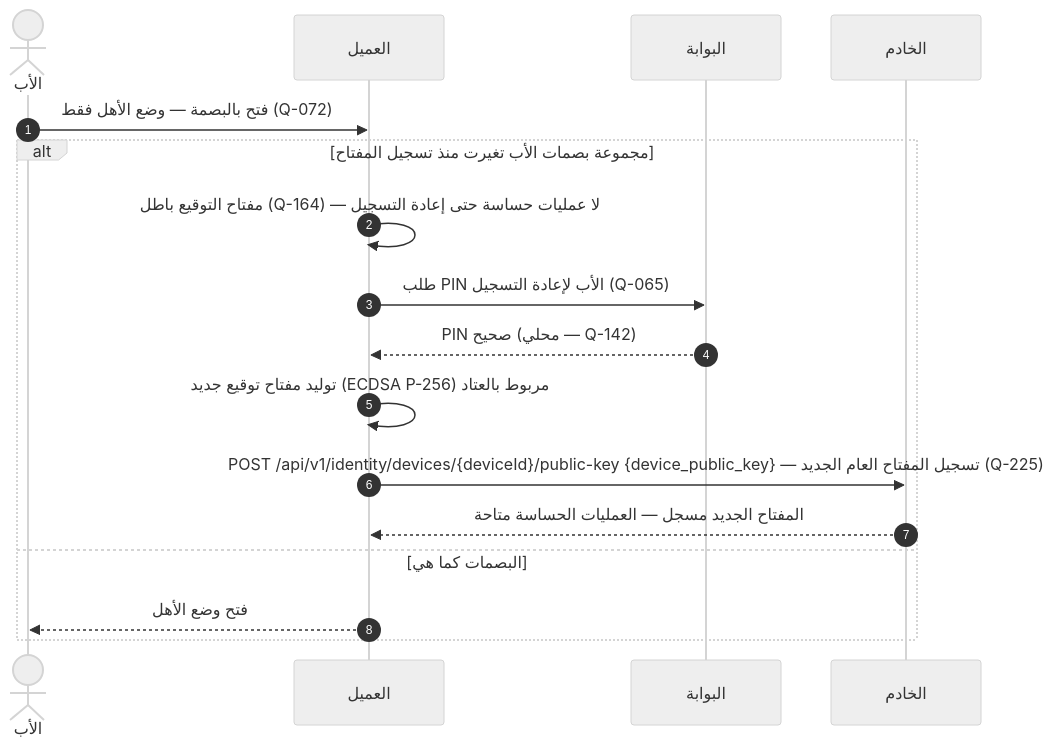
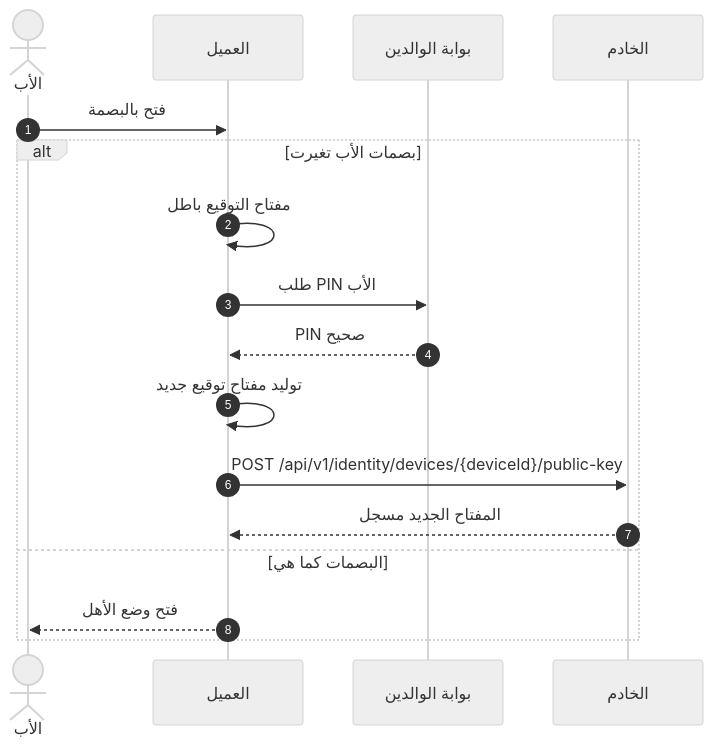
Before and after one commit to Bassam-mohammed-alqaeadi/family-os-v2: diagram 16 of 36 in docs/family-os/governance/phases/phase-1/S1-02-identity-and-onboarding/DIAGRAMS.md, drawn with Mermaid (neutral theme). The commit also changed other lines of this file, not shown here.

````diff
--- a/docs/family-os/governance/phases/phase-1/S1-02-identity-and-onboarding/DIAGRAMS.md
+++ b/docs/family-os/governance/phases/phase-1/S1-02-identity-and-onboarding/DIAGRAMS.md
@@ -548,19 +670,19 @@
 ```mermaid
 sequenceDiagram
     autonumber
     actor Father as الأب
     participant Client as العميل
-    participant S101 as البوابة
+    participant Gate as بوابة الوالدين
     participant Ktor as الخادم
-    Father->>Client: فتح بالبصمة — وضع الأهل فقط (Q-072)
-    alt مجموعة بصمات الأب تغيرت منذ تسجيل المفتاح
-        Client->>Client: مفتاح التوقيع باطل (Q-164) — لا عمليات حساسة حتى إعادة التسجيل
-        Client->>S101: طلب PIN الأب لإعادة التسجيل (Q-065)
-        S101-->>Client: PIN صحيح (محلي — Q-142)
-        Client->>Client: توليد مفتاح توقيع جديد (ECDSA P-256) مربوط بالعتاد
-        Client->>Ktor: POST /api/v1/identity/devices/{deviceId}/public-key {device_public_key} — تسجيل المفتاح العام الجديد (Q-225)
-        Ktor-->>Client: المفتاح الجديد مسجل — العمليات الحساسة متاحة
+    Father->>Client: فتح بالبصمة
+    alt بصمات الأب تغيرت
+        Client->>Client: مفتاح التوقيع باطل
+        Client->>Gate: طلب PIN الأب
+        Gate-->>Client: PIN صحيح
+        Client->>Client: توليد مفتاح توقيع جديد
+        Client->>Ktor: POST /api/v1/identity/devices/{deviceId}/public-key
+        Ktor-->>Client: المفتاح الجديد مسجل
     else البصمات كما هي
         Client-->>Father: فتح وضع الأهل
     end
 ```
````
